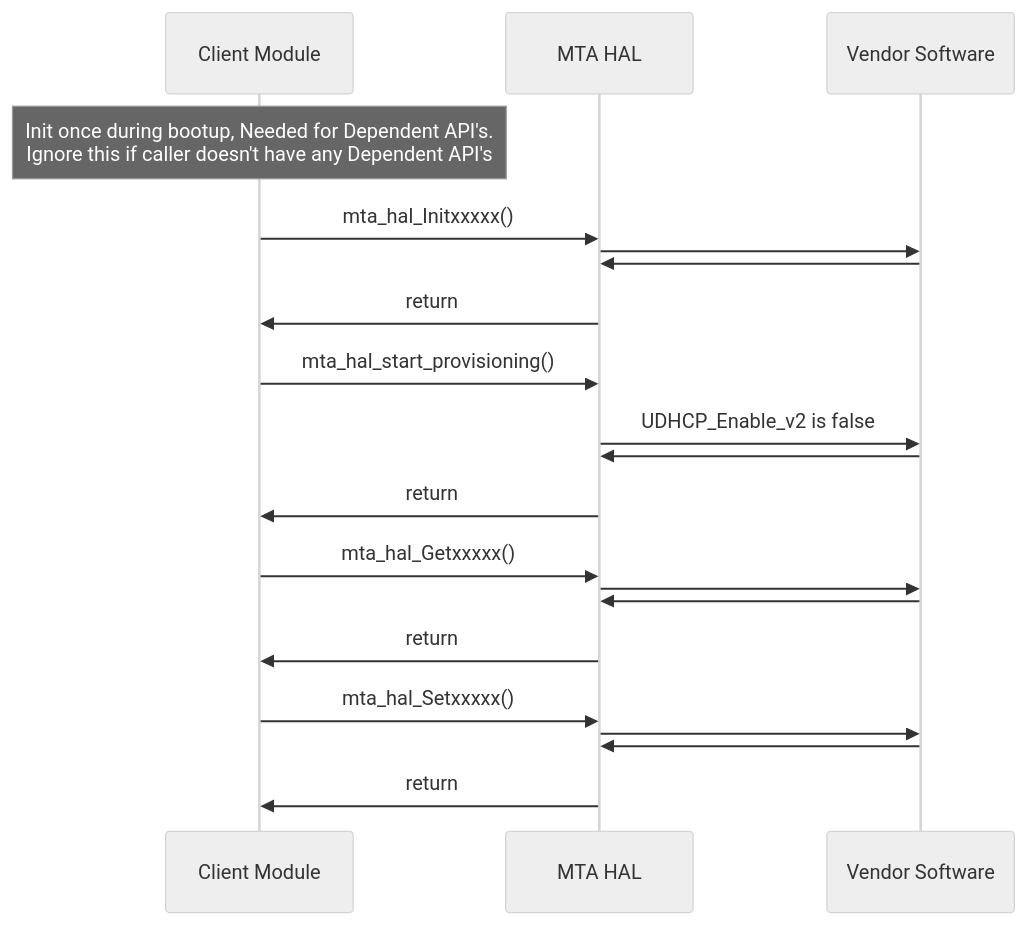
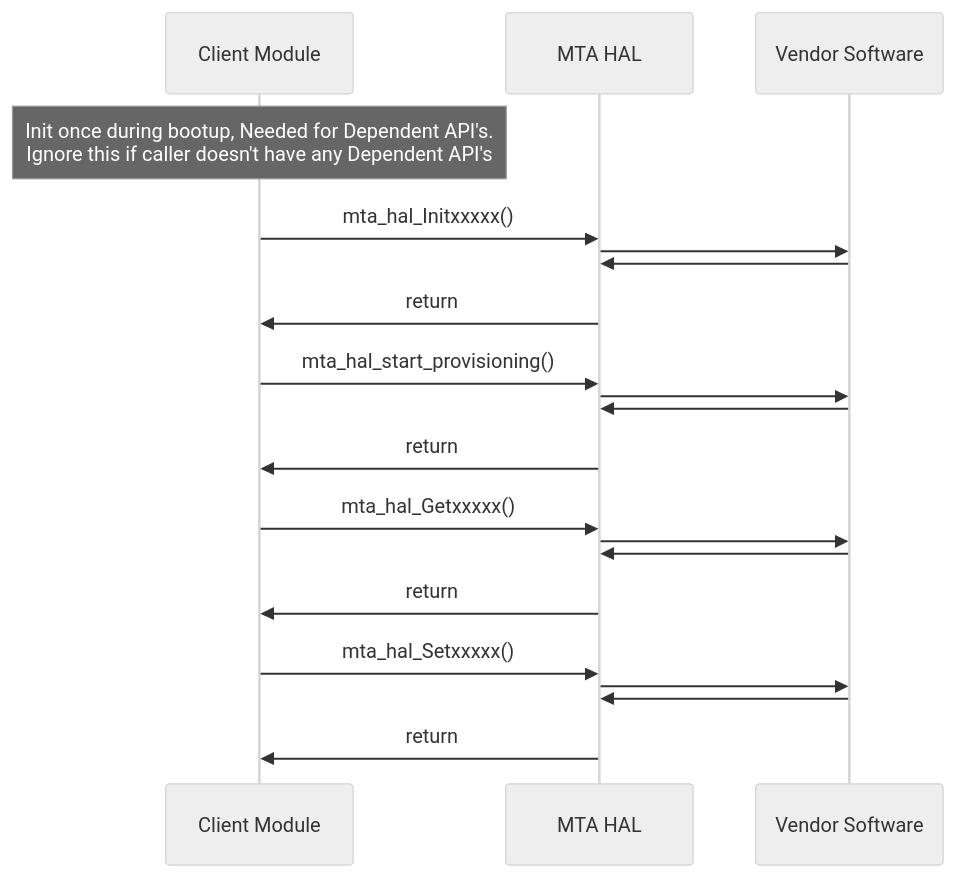
Before and after one commit to rdkcentral/rdkb-halif-mta: the diagram in docs/pages/MTAhalSpec.md, drawn with Mermaid (neutral theme).

````diff
--- a/docs/pages/MTAhalSpec.md
+++ b/docs/pages/MTAhalSpec.md
@@ -130,26 +130,26 @@
 ```mermaid
 sequenceDiagram
 participant Client Module
 participant MTA HAL
 participant Vendor Software
 Note over Client Module: Init once during bootup, Needed for Dependent API's. <br> Ignore this if caller doesn't have any Dependent API's
 Client Module->>MTA HAL: mta_hal_Initxxxxx()
 MTA HAL->>Vendor Software: 
 Vendor Software->>MTA HAL: 
 MTA HAL->>Client Module: return
 
 Client Module->>MTA HAL: mta_hal_start_provisioning()
-MTA HAL->>Vendor Software: UDHCP_Enable_v2 is false
+MTA HAL->>Vendor Software: 
 Vendor Software->>MTA HAL: 
 MTA HAL->>Client Module: return
 
 Client Module->>MTA HAL: mta_hal_Getxxxxx()
 MTA HAL->>Vendor Software: 
 Vendor Software->>MTA HAL: 
 MTA HAL->>Client Module: return
 
 Client Module->>MTA HAL: mta_hal_Setxxxxx()
 MTA HAL->>Vendor Software: 
 Vendor Software->>MTA HAL: 
 MTA HAL->>Client Module: return
 ```
````
